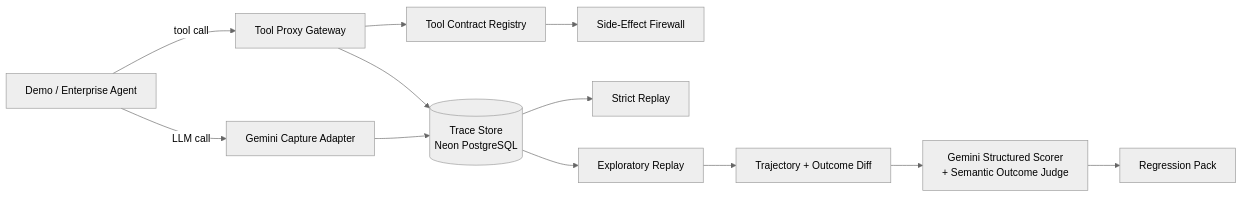
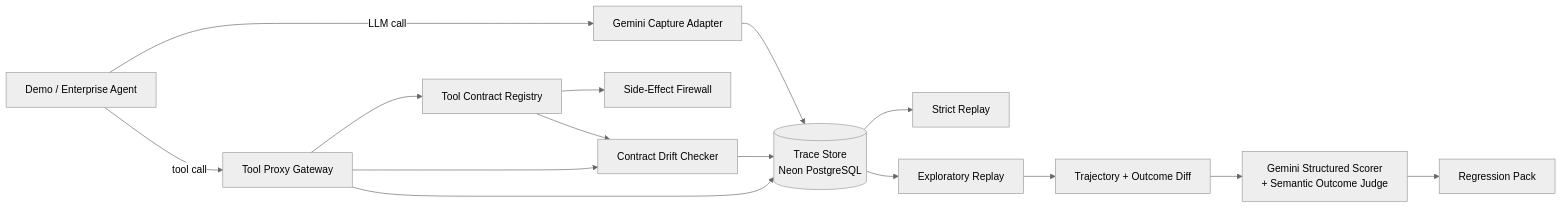
The first of 2 diagrams in README.md (defi12748/ProxyTrace), drawn with Mermaid (neutral theme) before and after one commit. The commit also changed other lines of this file and 5 other files, not shown here.

````diff
--- a/README.md
+++ b/README.md
@@ -60,14 +61,17 @@
 ```mermaid
 graph LR
     Agent["Demo / Enterprise Agent"] -->|"LLM call"| LLM["Gemini Capture Adapter"]
     Agent -->|"tool call"| Proxy["Tool Proxy Gateway"]
     LLM --> Store[("Trace Store<br/>Neon PostgreSQL")]
     Proxy --> Contracts["Tool Contract Registry"]
     Contracts --> Firewall["Side-Effect Firewall"]
+    Contracts --> Drift["Contract Drift Checker"]
+    Proxy --> Drift
     Proxy --> Store
+    Drift --> Store
     Store --> Strict["Strict Replay"]
     Store --> Explore["Exploratory Replay"]
     Explore --> Diff["Trajectory + Outcome Diff"]
     Diff --> Scorer["Gemini Structured Scorer<br/>+ Semantic Outcome Judge"]
     Scorer --> Regression["Regression Pack"]
 ```
````
